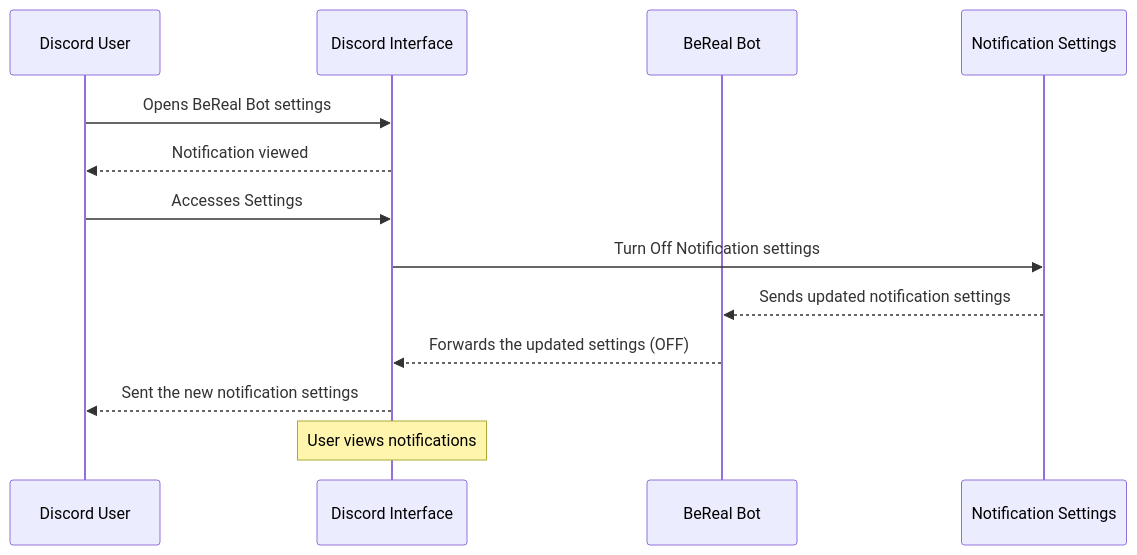
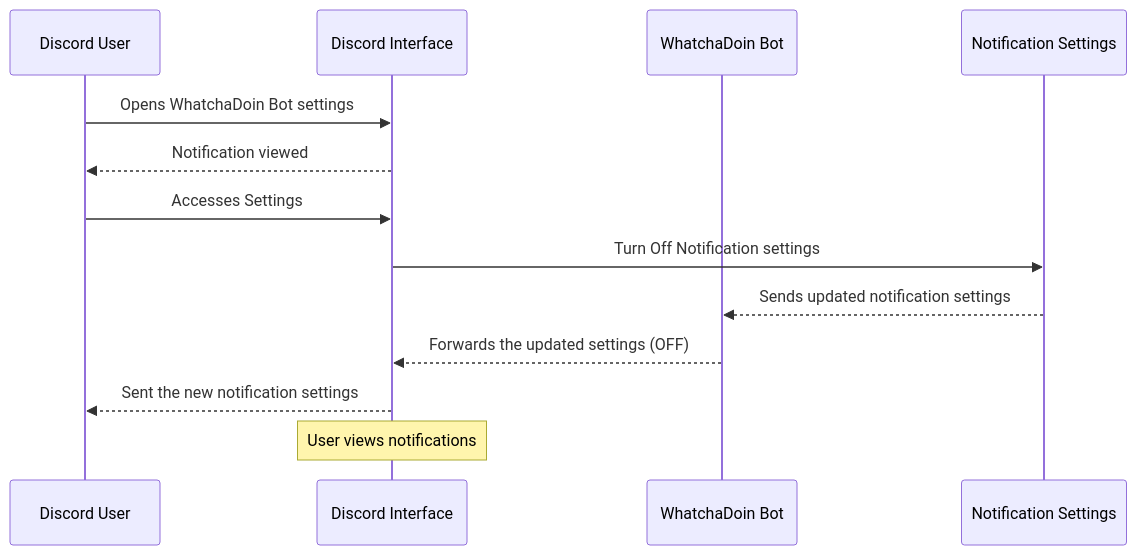
One commit to Capstone-Projects-2023-Fall/project-bereal-meets-slack changed the ninth of 11 diagrams in documentation/docs/system-architecture/design.md. Above: the diagram before and after it, drawn with Mermaid. The commit also changed other lines of this file, not shown here.

````diff
--- a/documentation/docs/system-architecture/design.md
+++ b/documentation/docs/system-architecture/design.md
@@ -419,18 +419,18 @@
 ```mermaid
 
 sequenceDiagram
     participant User as Discord User
     participant DiscordInterface as Discord Interface
-    participant BeRealBot as BeReal Bot
+    participant WhatchaDoinBot as WhatchaDoin Bot
     participant NotificationSettings as Notification Settings
 
-    User ->> DiscordInterface: Opens BeReal Bot settings
+    User ->> DiscordInterface: Opens WhatchaDoin Bot settings
     DiscordInterface -->> User: Notification viewed
     User ->> DiscordInterface: Accesses Settings
     DiscordInterface ->> NotificationSettings: Turn Off Notification settings
-    NotificationSettings -->> BeRealBot: Sends updated notification settings
-    BeRealBot -->> DiscordInterface: Forwards the updated settings (OFF)
+    NotificationSettings -->> WhatchaDoinBot: Sends updated notification settings
+    WhatchaDoinBot -->> DiscordInterface: Forwards the updated settings (OFF)
     DiscordInterface -->> User: Sent the new notification settings
     Note over DiscordInterface: User views notifications
 
 ```
````
